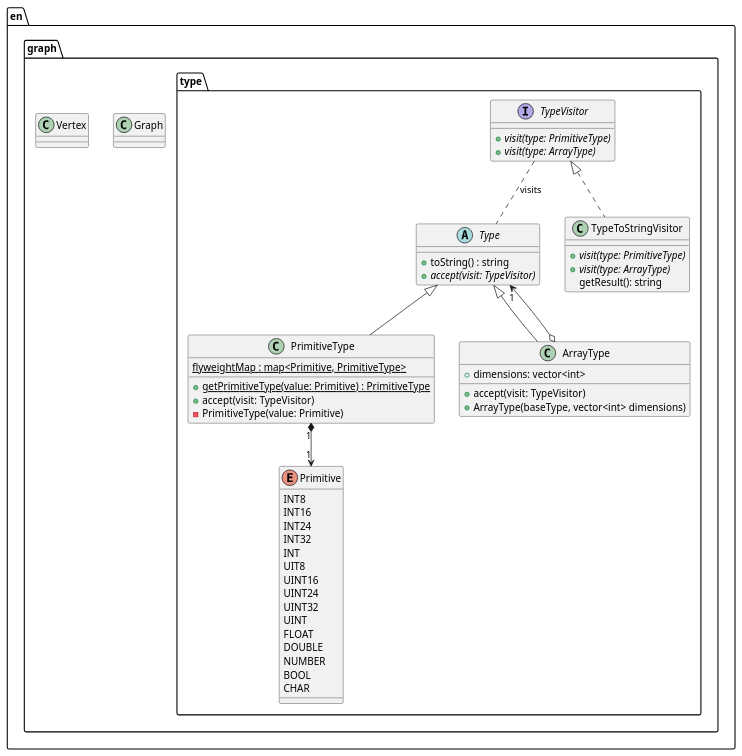
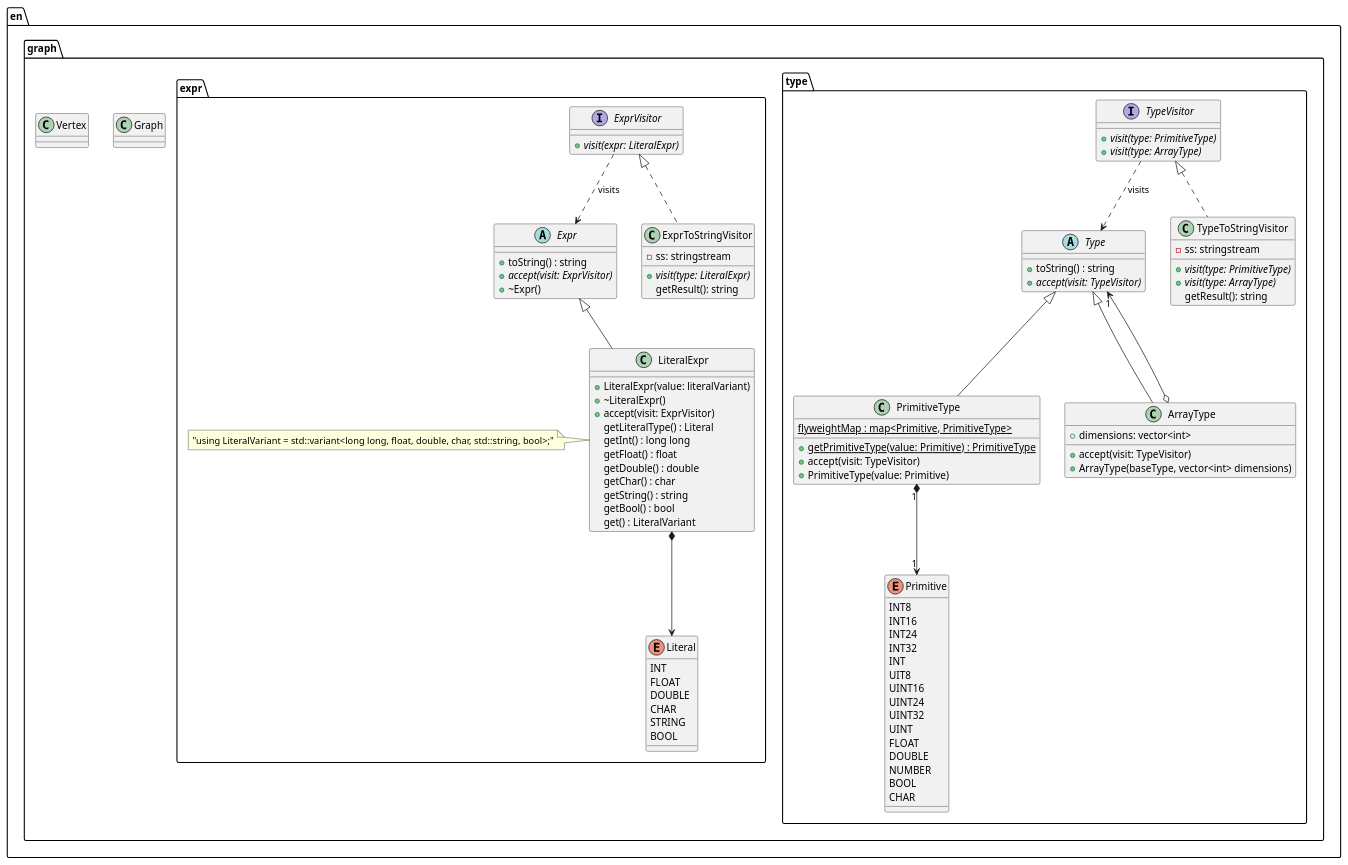
One commit to LucasEBSkora/Gnocchi changed the diagram in specification and models/class.puml. Above: the diagram before and after it, drawn with PlantUML. The commit also changed 16 other files, not shown here.

```diff
--- a/specification and models/class.puml
+++ b/specification and models/class.puml
@@ -1,65 +1,115 @@
 @startuml "class"
 
 package en {
   package graph {
     package type {
       abstract class Type {
         + toString() : string
         {abstract} + accept(visit: TypeVisitor)
       }
 
       class PrimitiveType extends Type {
         {static} flyweightMap : map<Primitive, PrimitiveType>
         {static} + getPrimitiveType(value: Primitive) : PrimitiveType
         + accept(visit: TypeVisitor)
-        - PrimitiveType(value: Primitive)
+        + PrimitiveType(value: Primitive)
       }
 
       PrimitiveType "1" *--> "1" Primitive
 
       enum Primitive {
         INT8
         INT16
         INT24
         INT32
         INT
         UIT8
         UINT16
         UINT24
         UINT32
         UINT
         FLOAT
         DOUBLE
         NUMBER
         BOOL
         CHAR
       }
 
       class ArrayType extends Type {
         + dimensions: vector<int>
         + accept(visit: TypeVisitor)
         + ArrayType(baseType, vector<int> dimensions)
       }
 
       ArrayType o--> "1" Type
 
       interface TypeVisitor {
         {abstract} + visit(type: PrimitiveType)
         {abstract} + visit(type: ArrayType)
       }
 
-      TypeVisitor .. Type : visits
+      TypeVisitor ..> Type : visits
 
       class TypeToStringVisitor implements TypeVisitor {
+        - ss: stringstream
         {abstract} + visit(type: PrimitiveType)
         {abstract} + visit(type: ArrayType)
+        getResult(): string
+      }
+
+    }
+
+    package expr {
+      abstract class Expr {
+        +toString() : string
+        {abstract} + accept(visit: ExprVisitor)
+        + ~Expr()
+      }
+
+      enum Literal {
+        INT
+        FLOAT
+        DOUBLE
+        CHAR
+        STRING
+        BOOL
+      }
+
+
+      class LiteralExpr extends Expr {
+        + LiteralExpr(value: literalVariant)
+        + ~LiteralExpr()
+        + accept(visit: ExprVisitor)
+        getLiteralType() : Literal 
+        getInt() : long long 
+        getFloat() : float 
+        getDouble() : double 
+        getChar() : char 
+        getString() : string 
+        getBool() : bool 
+        get() : LiteralVariant
+      }
+
+      LiteralExpr *--> Literal
+
+      note left of LiteralExpr : "using LiteralVariant = std::variant<long long, float, double, char, std::string, bool>;"
+
+      interface ExprVisitor {
+        {abstract} + visit(expr: LiteralExpr)
+      }
+
+      ExprVisitor ..> Expr : visits
+
+      class ExprToStringVisitor implements ExprVisitor {
+        - ss: stringstream
+        {abstract} + visit(type: LiteralExpr)
         getResult(): string
       }
 
     }
 
     class Graph
     class Vertex
   }
 }
 @enduml
```
